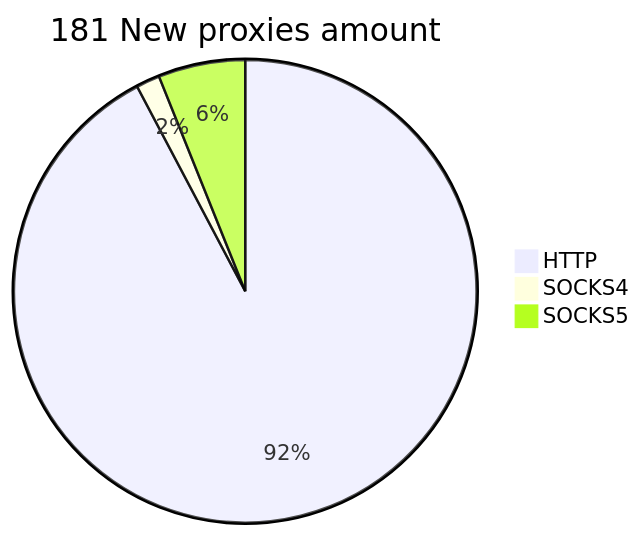
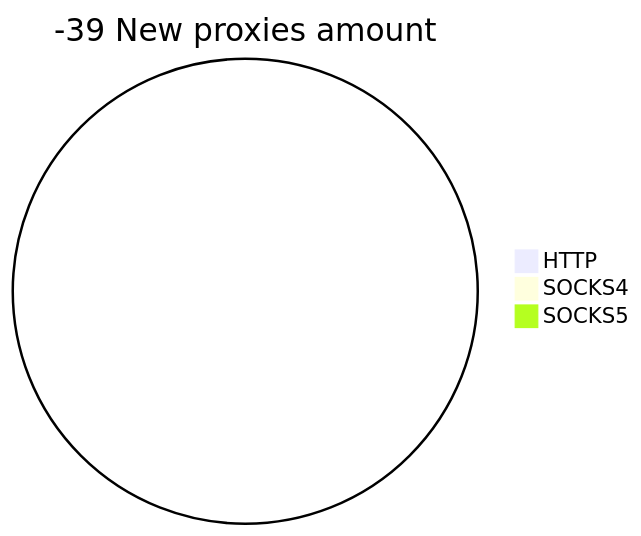
Before and after one commit to cutipu/proxylist: the second of 2 diagrams in README.md, drawn with Mermaid. The commit also changed other lines of this file, not shown here.

````diff
--- a/README.md
+++ b/README.md
@@ -10,6 +10,6 @@
 ```mermaid
-pie title 181 New proxies amount
-    "HTTP" : 167
-    "SOCKS4" : 3
-    "SOCKS5" : 11
+pie title -39 New proxies amount
+    "HTTP" : 0
+    "SOCKS4" : 0
+    "SOCKS5" : 0
 ```
````
